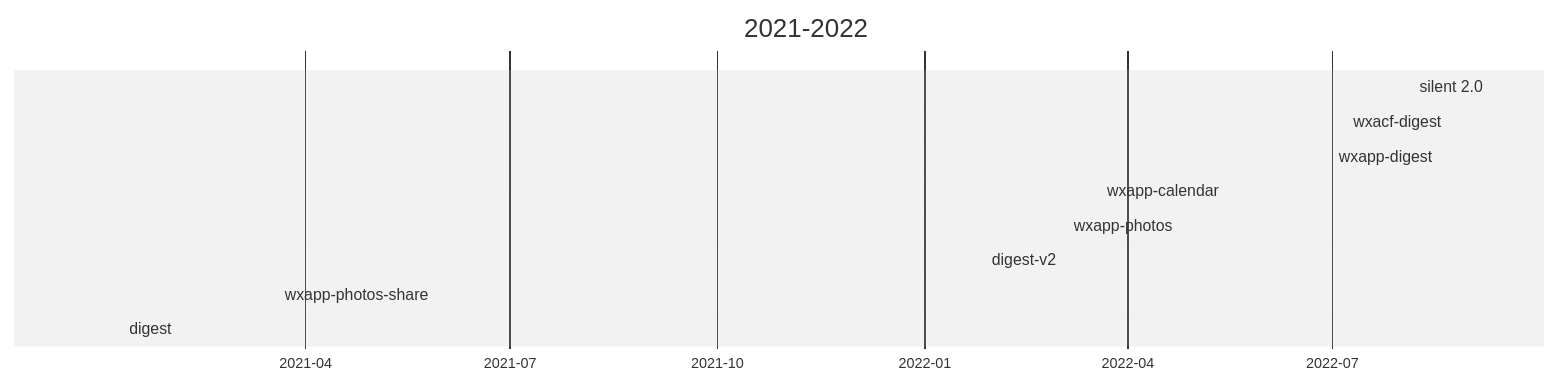
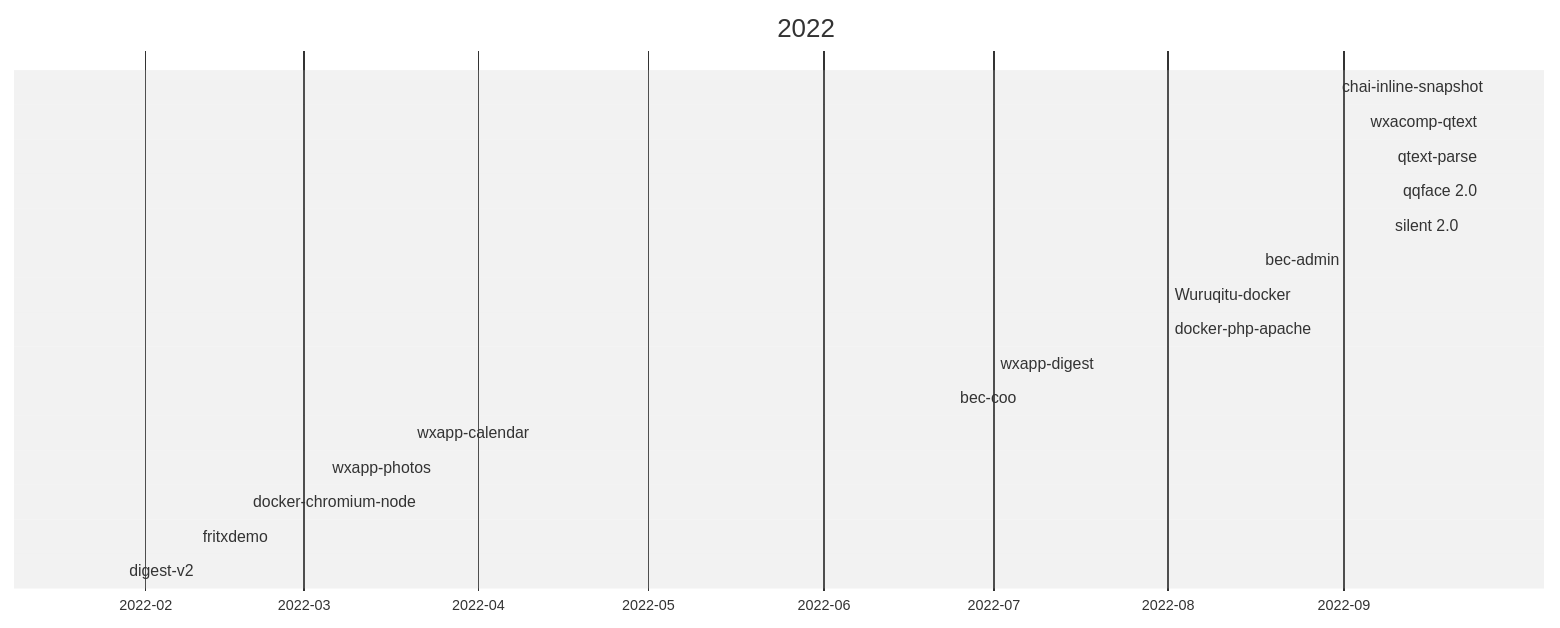
One commit to fritx/silent changed the first of 5 diagrams in blog/p/projects/timeline.md. Above: the diagram before and after it, drawn with Mermaid (neutral theme). The commit also changed other lines of this file and 12 other files, not shown here.

````diff
--- a/blog/p/projects/timeline.md
+++ b/blog/p/projects/timeline.md
@@ -5,13 +5,20 @@
 ```mermaid
 gantt
-  title 2021-2022
+  title 2022
   axisFormat  %Y-%m
-  silent 2.0      :2022-09-09 , 2022-09-30
-  wxacf-digest      :2022-07-07 , 2022-08-10
+  chai-inline-snapshot    :2022-09-27 , 2022-09-28
+  wxacomp-qtext     :2022-09-26 , 2022-09-27
+  qtext-parse       :2022-09-26 , 2022-09-27
+  qqface 2.0        :2022-09-26 , 2022-09-27
+  silent 2.0        :2022-09-09 , 2022-09-15
+  bec-admin         :2022-08-17 , 2022-09-05
+  Wuruqitu-docker   :2022-08-01 , 2022-08-02
+  docker-php-apache :2022-08-01 , 2022-08-02
   wxapp-digest      :2022-07-01 , 2022-08-10
+  bec-coo           :2022-06-24 , 2022-08-12
   wxapp-calendar      :2022-03-20 , 2022-07-19
   wxapp-photos      :2022-03-05 , 2022-05-05
+  docker-chromium-node    :2022-02-19 , 2022-02-20
+  fritxdemo         :2022-02-10 , 2022-04-22
   digest-v2       :2022-01-28 , 2022-05-28
-  wxapp-photos-share      :2021-03-20 , 2021-04-04
-  digest          :2021-01-10 , 2021-02-21
 ```
````
